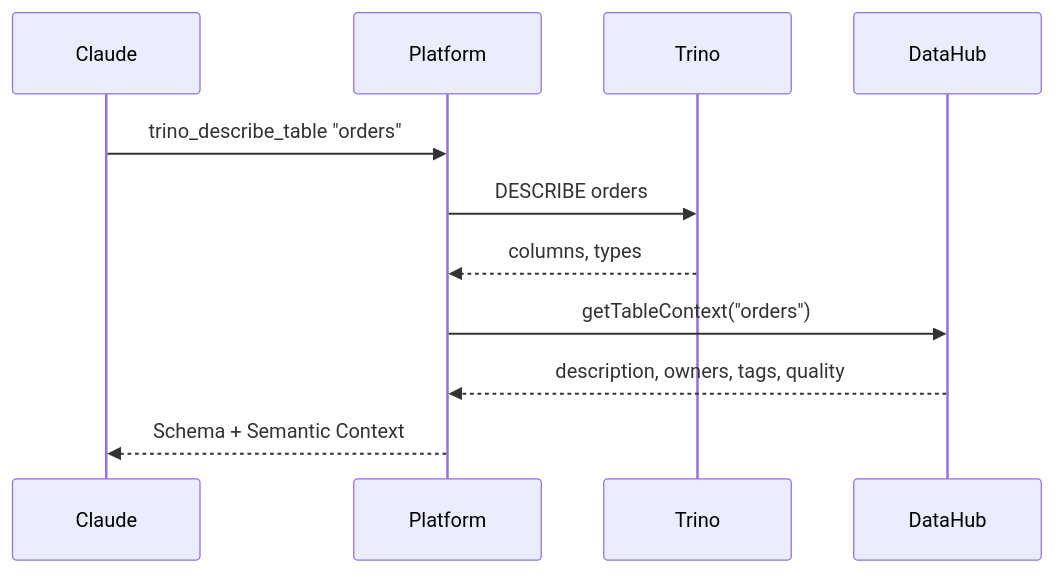
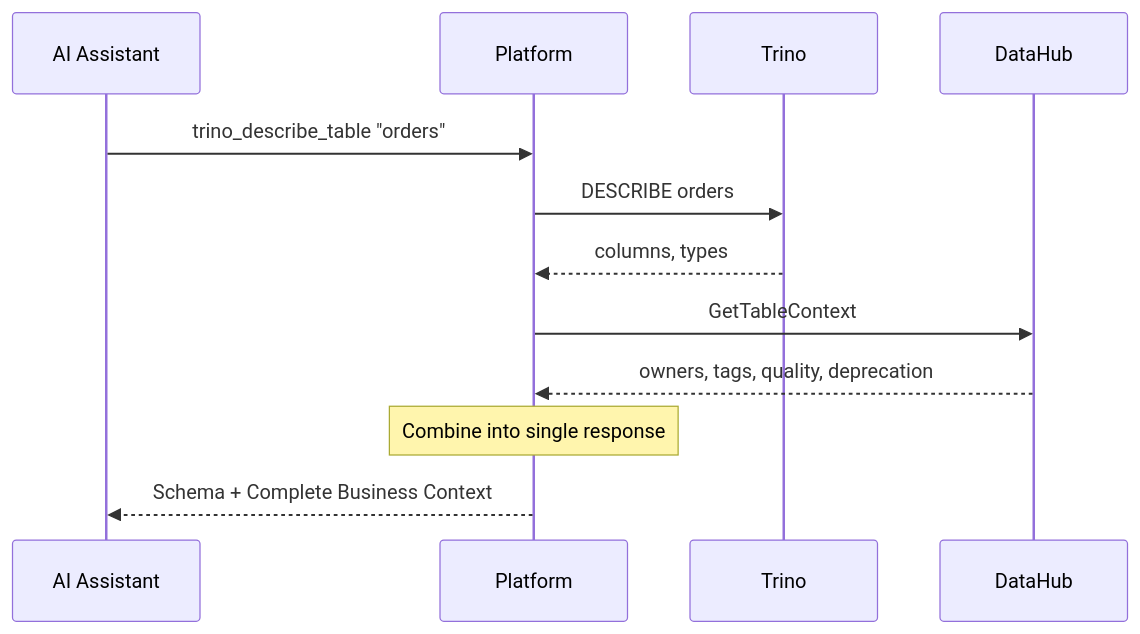
One commit to txn2/mcp-data-platform changed the second of 4 diagrams in docs/cross-injection/overview.md. Above: the diagram before and after it, drawn with Mermaid. The commit also changed other lines of this file, not shown here.

````diff
--- a/docs/cross-injection/overview.md
+++ b/docs/cross-injection/overview.md
@@ -23,14 +47,17 @@
 ```mermaid
 sequenceDiagram
-    participant C as Claude
+    participant AI as AI Assistant
     participant P as Platform
     participant T as Trino
     participant D as DataHub
 
-    C->>P: trino_describe_table "orders"
+    AI->>P: trino_describe_table "orders"
     P->>T: DESCRIBE orders
     T-->>P: columns, types
-    P->>D: getTableContext("orders")
-    D-->>P: description, owners, tags, quality
-    P-->>C: Schema + Semantic Context
+    P->>D: GetTableContext
+    D-->>P: owners, tags, quality, deprecation
+
+    Note over P: Combine into single response
+
+    P-->>AI: Schema + Complete Business Context
 ```
````
